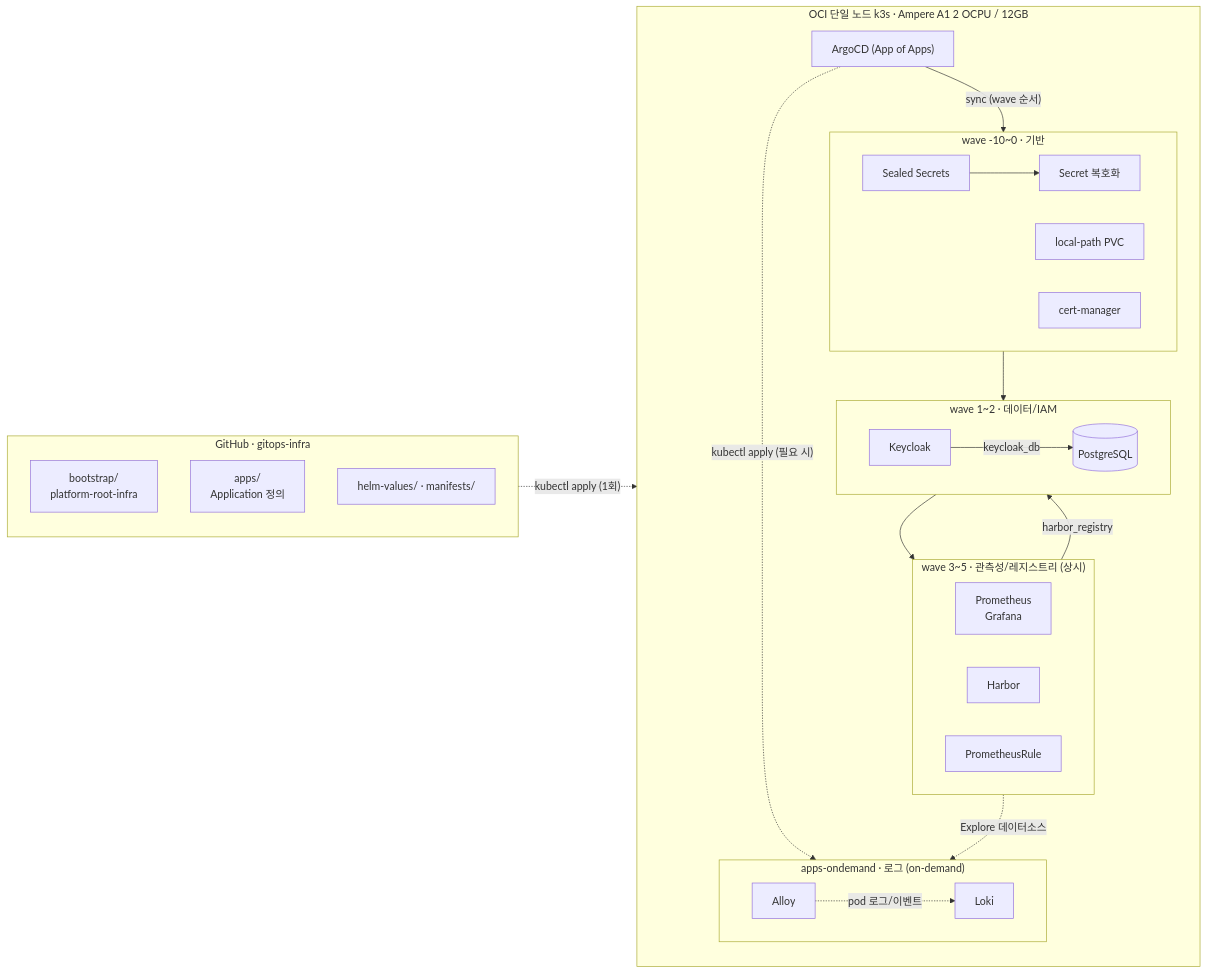
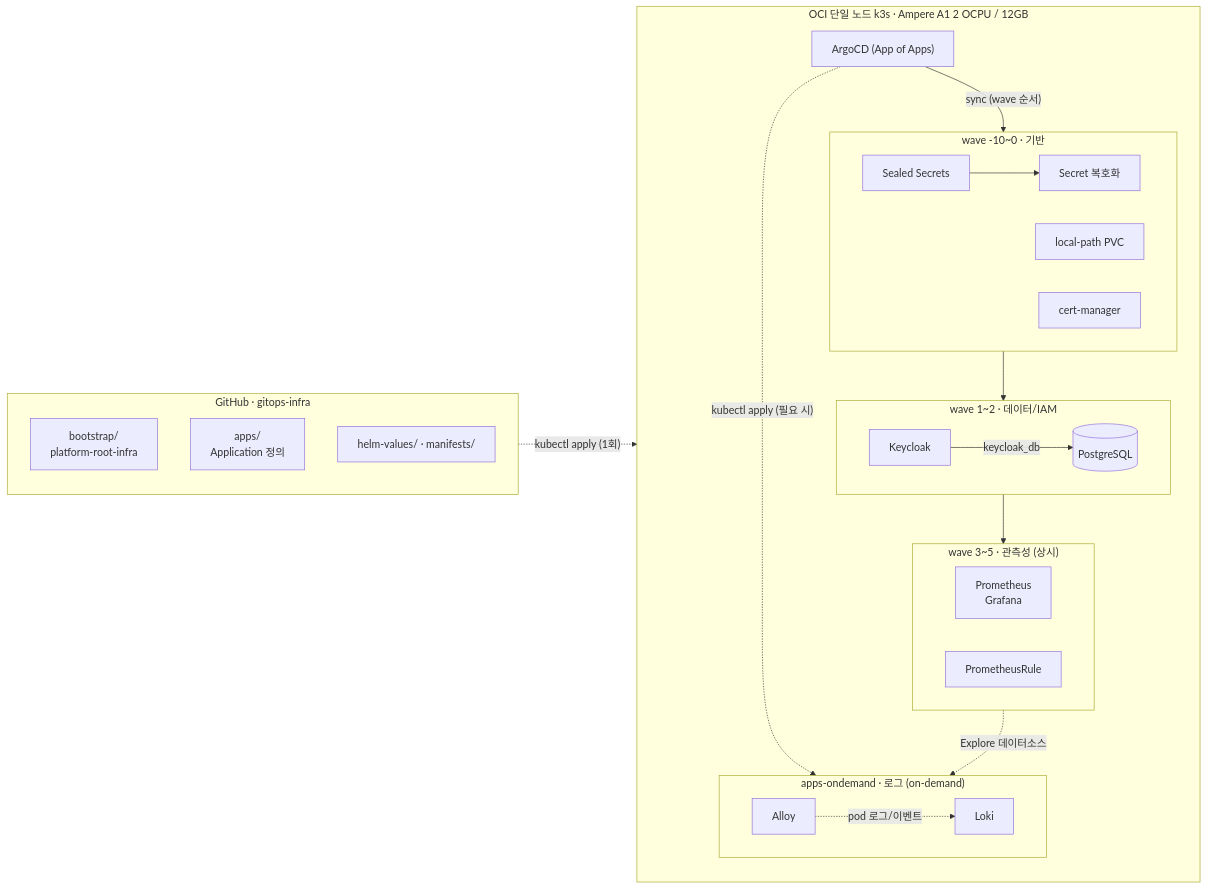
Before and after one commit to yhsk9200/gitops-infra: the diagram in README.md, drawn with Mermaid. The commit also changed other lines of this file and 19 other files, not shown here.

First line of the commit message:
Remove Harbor; move container registry off-cluster to GHCR (ADR-0006)

````diff
--- a/README.md
+++ b/README.md
@@ -36,48 +37,46 @@
 ```mermaid
 flowchart LR
   subgraph repo["GitHub · gitops-infra"]
     direction TB
     BOOT["bootstrap/<br/>platform-root-infra"]
     APPS["apps/<br/>Application 정의"]
     CONF["helm-values/ · manifests/"]
   end
 
   subgraph node["OCI 단일 노드 k3s · Ampere A1 2 OCPU / 12GB"]
     direction TB
     ARGO["ArgoCD (App of Apps)"]
 
     subgraph base["wave -10~0 · 기반"]
       direction LR
       SS["Sealed Secrets"] --> SEC["Secret 복호화"]
       STO["local-path PVC"]
       CM["cert-manager"]
     end
 
     subgraph data["wave 1~2 · 데이터/IAM"]
       direction LR
       PG[("PostgreSQL")]
       KC["Keycloak"]
     end
 
-    subgraph obs["wave 3~5 · 관측성/레지스트리 (상시)"]
+    subgraph obs["wave 3~5 · 관측성 (상시)"]
       direction LR
       PROM["Prometheus<br/>Grafana"]
-      HARBOR["Harbor"]
       RULES["PrometheusRule"]
     end
 
     subgraph ond["apps-ondemand · 로그 (on-demand)"]
       direction LR
       LOKI["Loki"]
       ALLOY["Alloy"]
     end
   end
 
   BOOT -. "kubectl apply (1회)" .-> ARGO
   ARGO -- "sync (wave 순서)" --> base --> data --> obs
   ARGO -. "kubectl apply (필요 시)" .-> ond
   KC -- "keycloak_db" --> PG
-  HARBOR -- "harbor_registry" --> PG
   ALLOY -. "pod 로그/이벤트" .-> LOKI
   PROM -. "Explore 데이터소스" .-> LOKI
 ```
````
